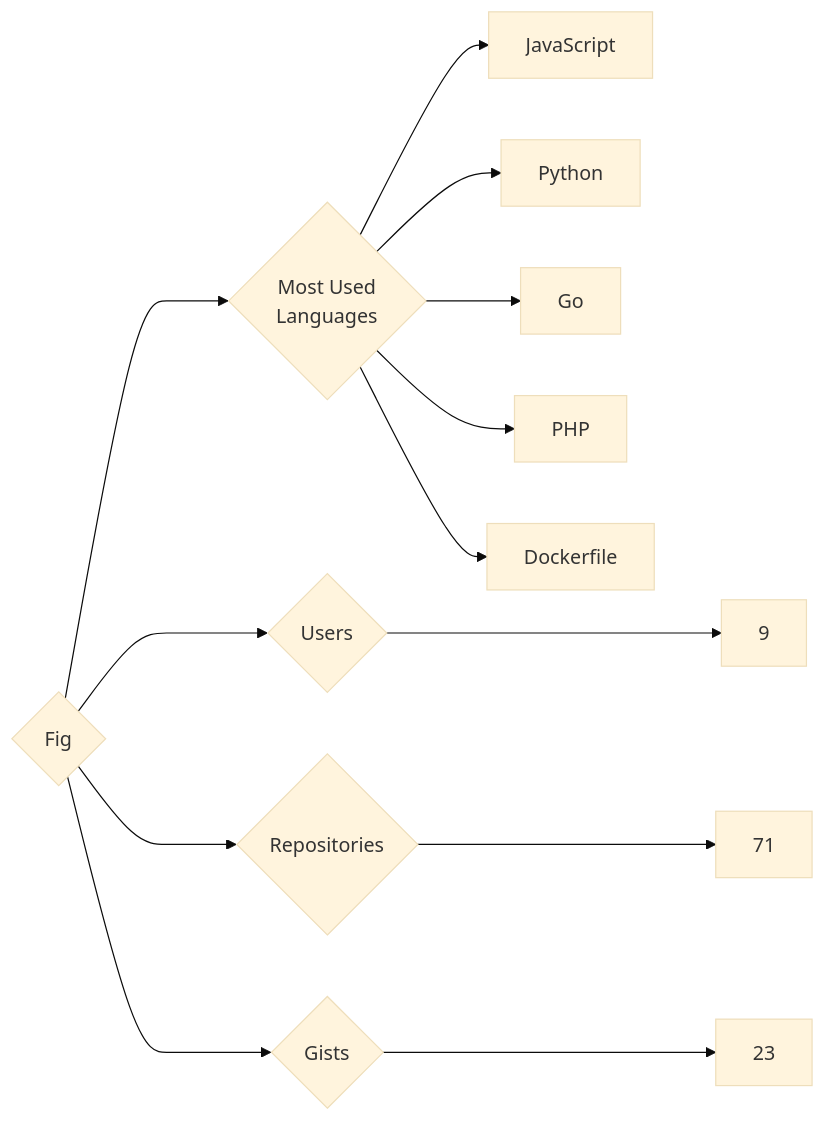
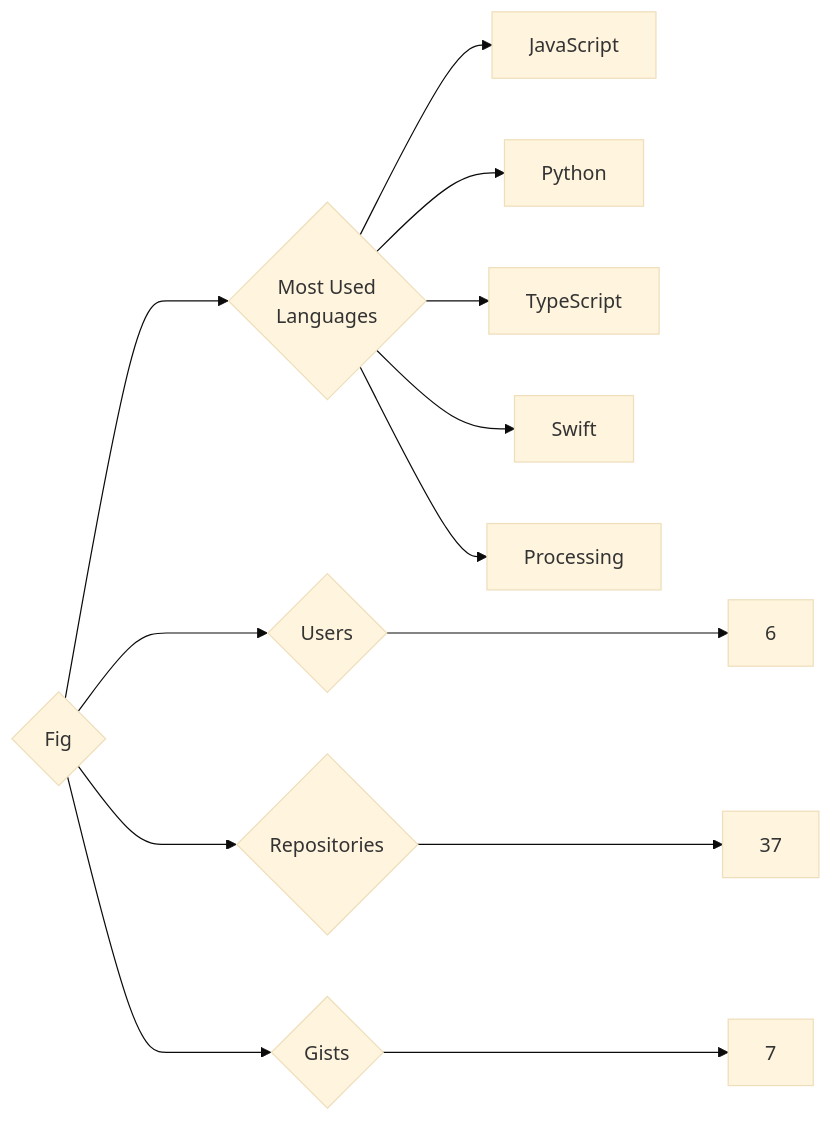
Before and after one commit to trickest/insiders: the diagram in targets/Fig/README.md, drawn with Mermaid (base theme). The commit also changed 888 other files, not shown here.

````diff
--- a/targets/Fig/README.md
+++ b/targets/Fig/README.md
@@ -3,13 +3,13 @@
 ```mermaid
 graph LR
 COMPANY_NAME{Fig}
-COMPANY_NAME ---> U{Users} ---> UN[9]
-COMPANY_NAME ---> R{Repositories} ---> RN[71]
-COMPANY_NAME ---> G{Gists} ---> GN[23]
+COMPANY_NAME ---> U{Users} ---> UN[6]
+COMPANY_NAME ---> R{Repositories} ---> RN[37]
+COMPANY_NAME ---> G{Gists} ---> GN[7]
 COMPANY_NAME ---> ML{Most Used<br>Languages}
 ML --> JavaScript[JavaScript]
 ML --> Python[Python]
-ML --> Go[Go]
-ML --> PHP[PHP]
-ML --> Dockerfile[Dockerfile]
+ML --> TypeScript[TypeScript]
+ML --> Swift[Swift]
+ML --> Processing[Processing]
 ```
````
